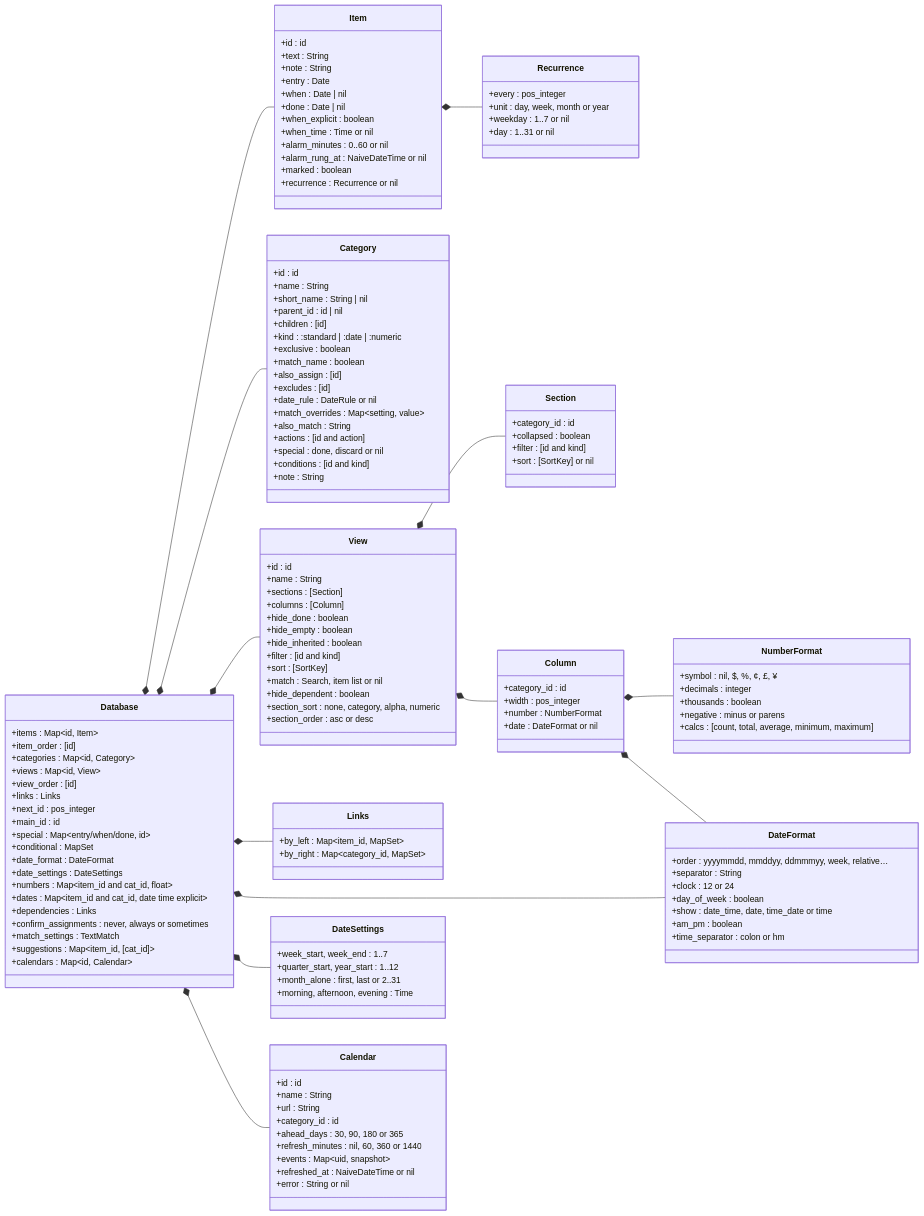
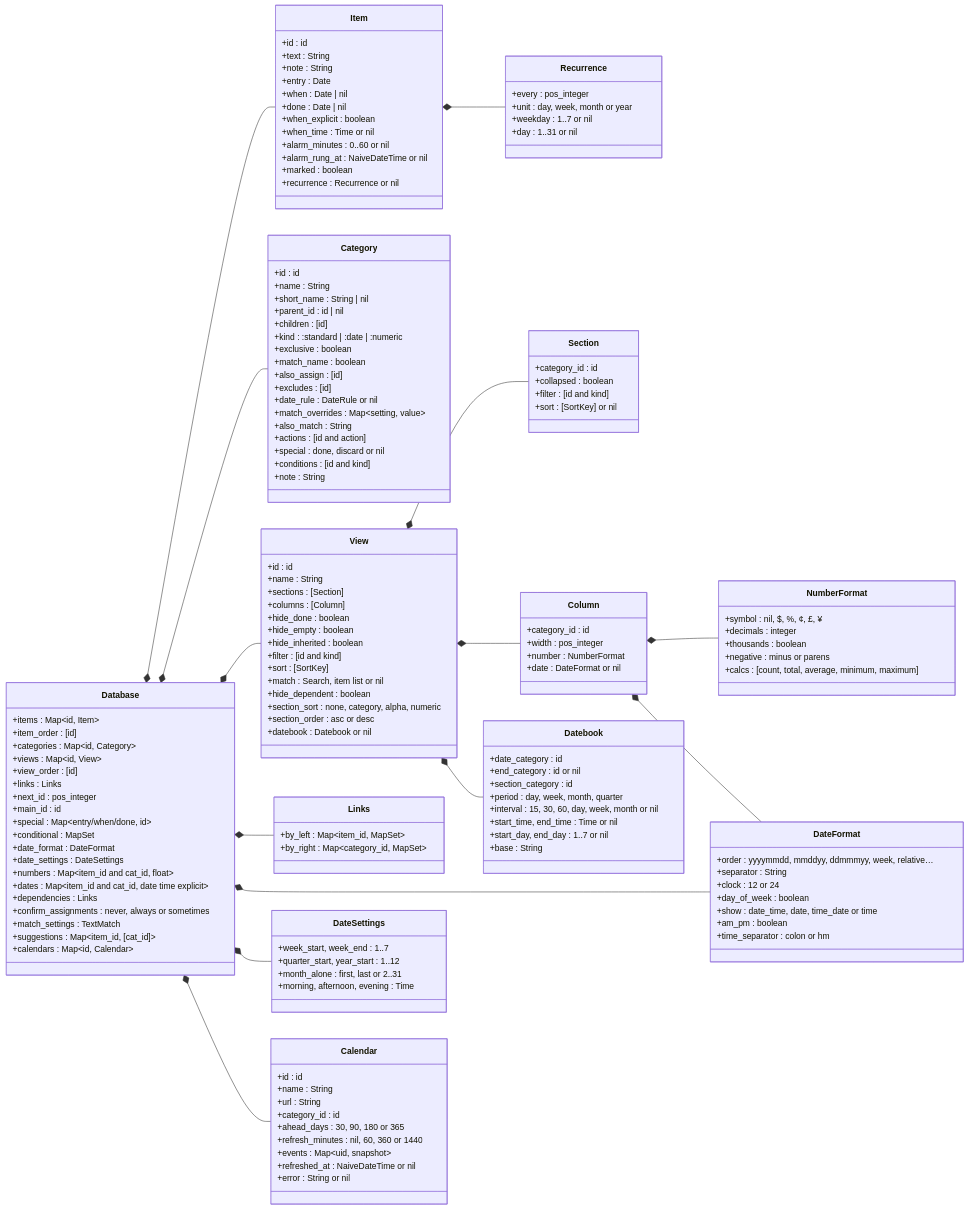
The second of 6 diagrams in docs/DATA_MODEL.md (jamting/agendum), drawn with Mermaid before and after one commit. The commit also changed other lines of this file and 19 other files, not shown here.

````diff
--- a/docs/DATA_MODEL.md
+++ b/docs/DATA_MODEL.md
@@ -216,6 +217,17 @@
         +hide_dependent : boolean
         +section_sort : none, category, alpha, numeric
         +section_order : asc or desc
+        +datebook : Datebook or nil
+    }
+    class Datebook {
+        +date_category : id
+        +end_category : id or nil
+        +section_category : id
+        +period : day, week, month, quarter
+        +interval : 15, 30, 60, day, week, month or nil
+        +start_time, end_time : Time or nil
+        +start_day, end_day : 1..7 or nil
+        +base : String
     }
     class Section {
         +category_id : id
@@ -261,6 +273,7 @@
     Database *-- Calendar
     View *-- Section
     View *-- Column
+    View *-- Datebook
     Column *-- NumberFormat
     Column *-- DateFormat
 ```
````
